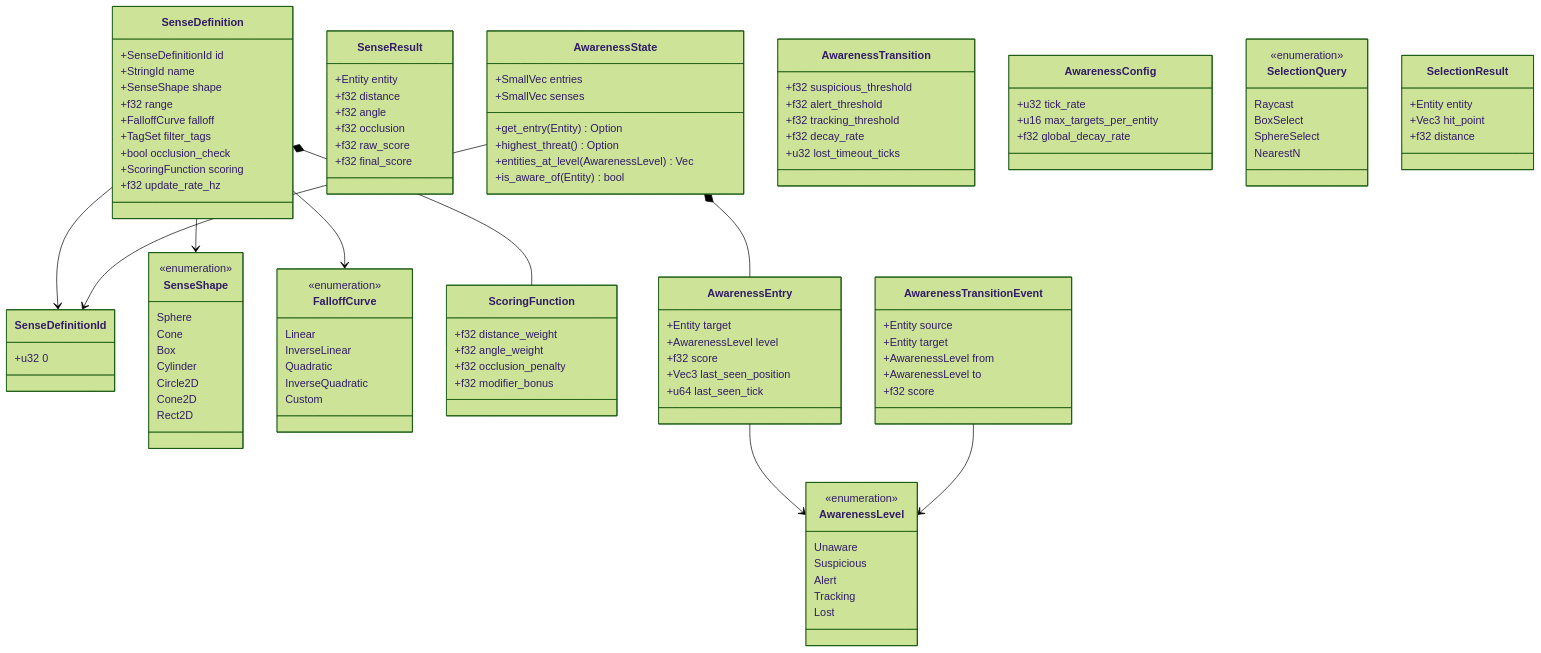
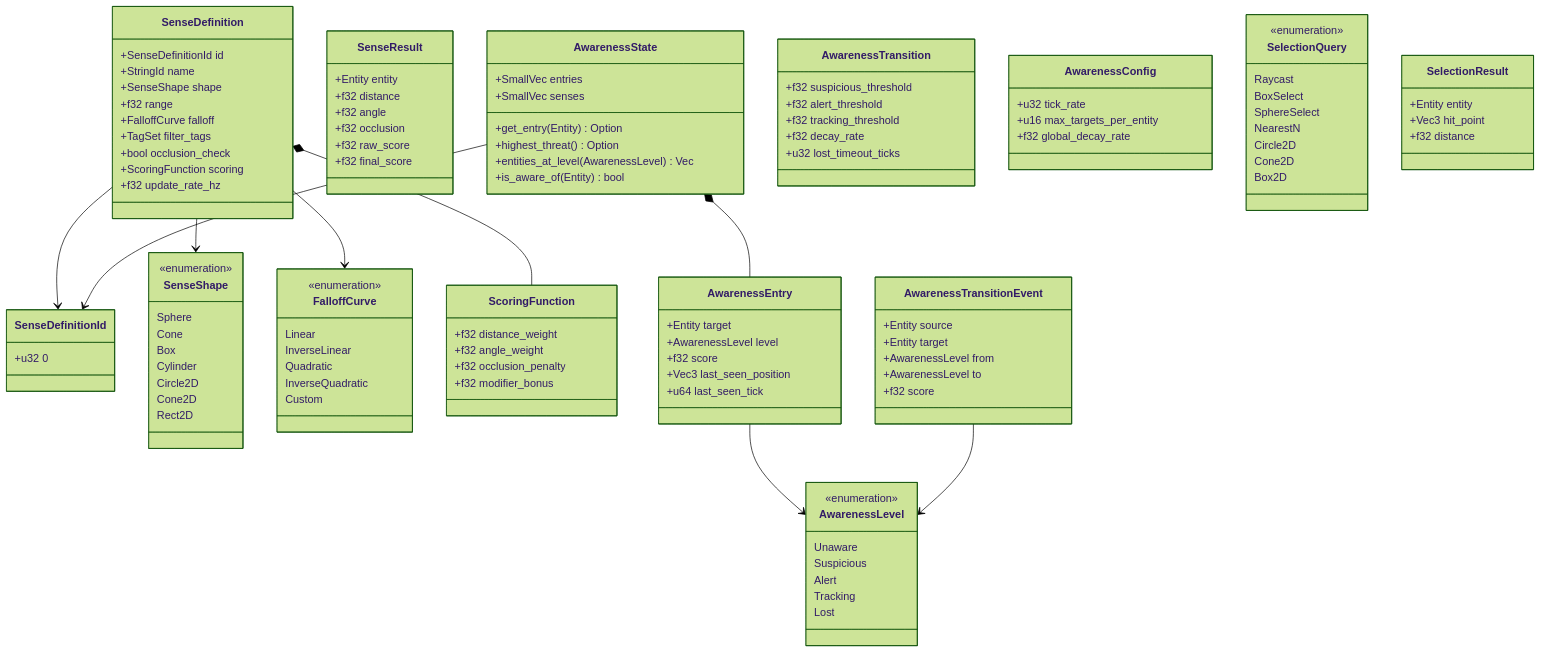
Before and after one commit to harmonius-dev/harmonius: the fourth of 5 diagrams in docs/design/simulation/spatial-awareness.md, drawn with Mermaid (forest theme). The commit also changed other lines of this file and 143 other files, not shown here.

```diff
--- a/docs/design/simulation/spatial-awareness.md
+++ b/docs/design/simulation/spatial-awareness.md
@@ -349,6 +349,9 @@
         BoxSelect
         SphereSelect
         NearestN
+        Circle2D
+        Cone2D
+        Box2D
     }
 
     class SelectionResult {
```
